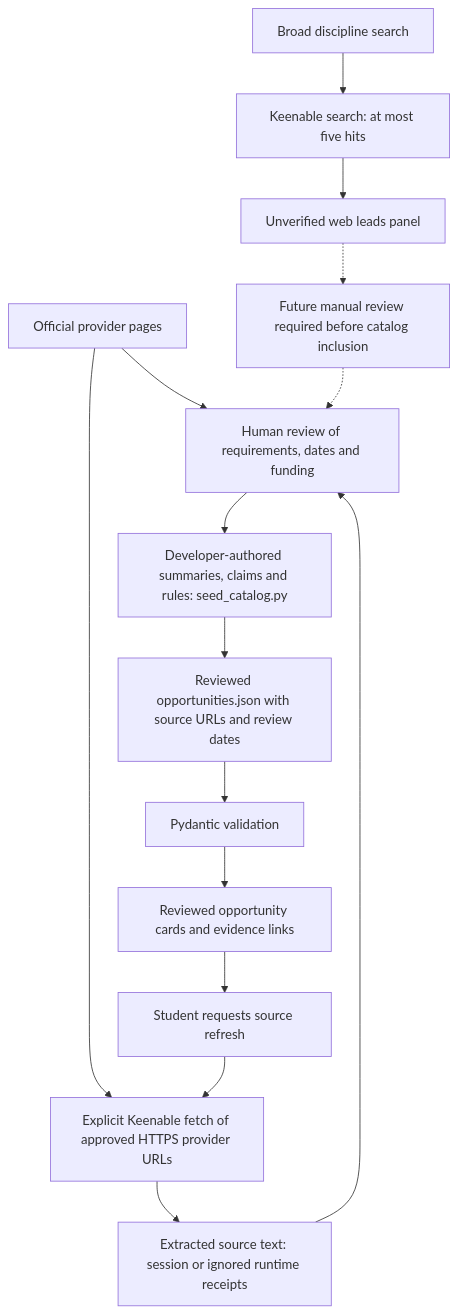
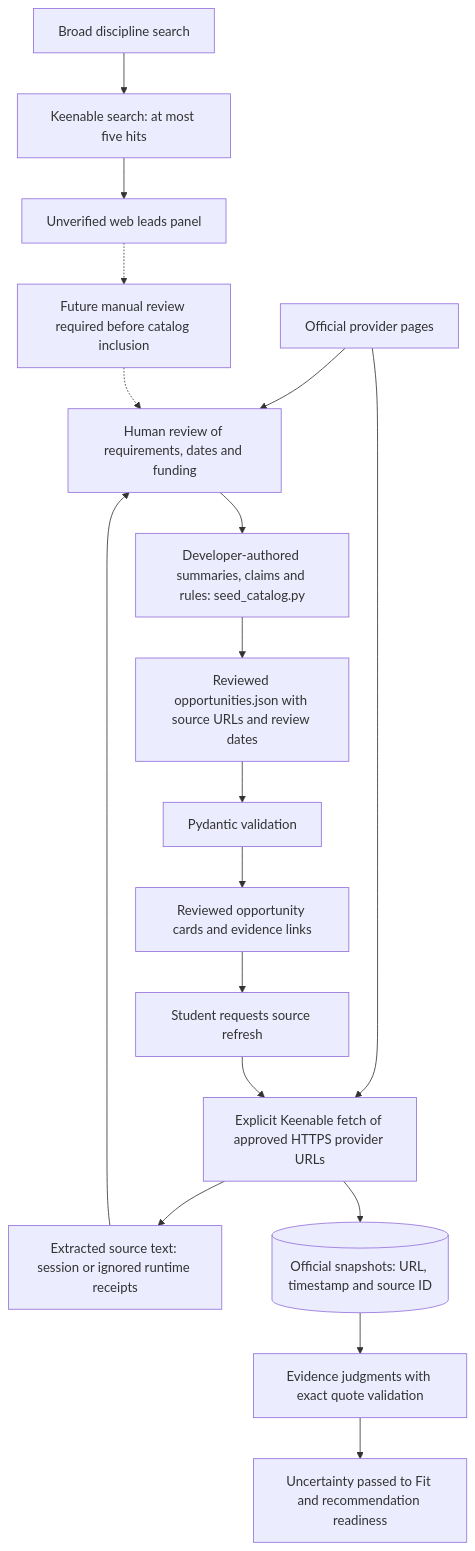
Before and after one commit to vineelad/equalstart: the diagram in docs/diagrams/05-source-provenance-and-review.mmd, drawn with Mermaid. The commit also changed 107 other files, not shown here.

```diff
--- a/docs/diagrams/05-source-provenance-and-review.mmd
+++ b/docs/diagrams/05-source-provenance-and-review.mmd
@@ -1,15 +1,18 @@
 flowchart TD
     OFF[Official provider pages] --> REVIEW[Human review of requirements, dates and funding]
     OFF --> FETCH[Explicit Keenable fetch of approved HTTPS provider URLs]
     FETCH --> TEXT[Extracted source text: session or ignored runtime receipts]
     TEXT --> REVIEW
     REVIEW --> SEED[Developer-authored summaries, claims and rules: seed_catalog.py]
     SEED --> JSON[Reviewed opportunities.json with source URLs and review dates]
     JSON --> VALID[Pydantic validation]
     VALID --> UI[Reviewed opportunity cards and evidence links]
+    FETCH --> SNAP[(Official snapshots: URL, timestamp and source ID)]
+    SNAP --> EVID[Evidence judgments with exact quote validation]
+    EVID --> FIT[Uncertainty passed to Fit and recommendation readiness]
     QUERY[Broad discipline search] --> SEARCH[Keenable search: at most five hits]
     SEARCH --> LEADS[Unverified web leads panel]
     LEADS -.-> MANUAL[Future manual review required before catalog inclusion]
     MANUAL -.-> REVIEW
     UI --> REFRESH[Student requests source refresh]
     REFRESH --> FETCH
```
